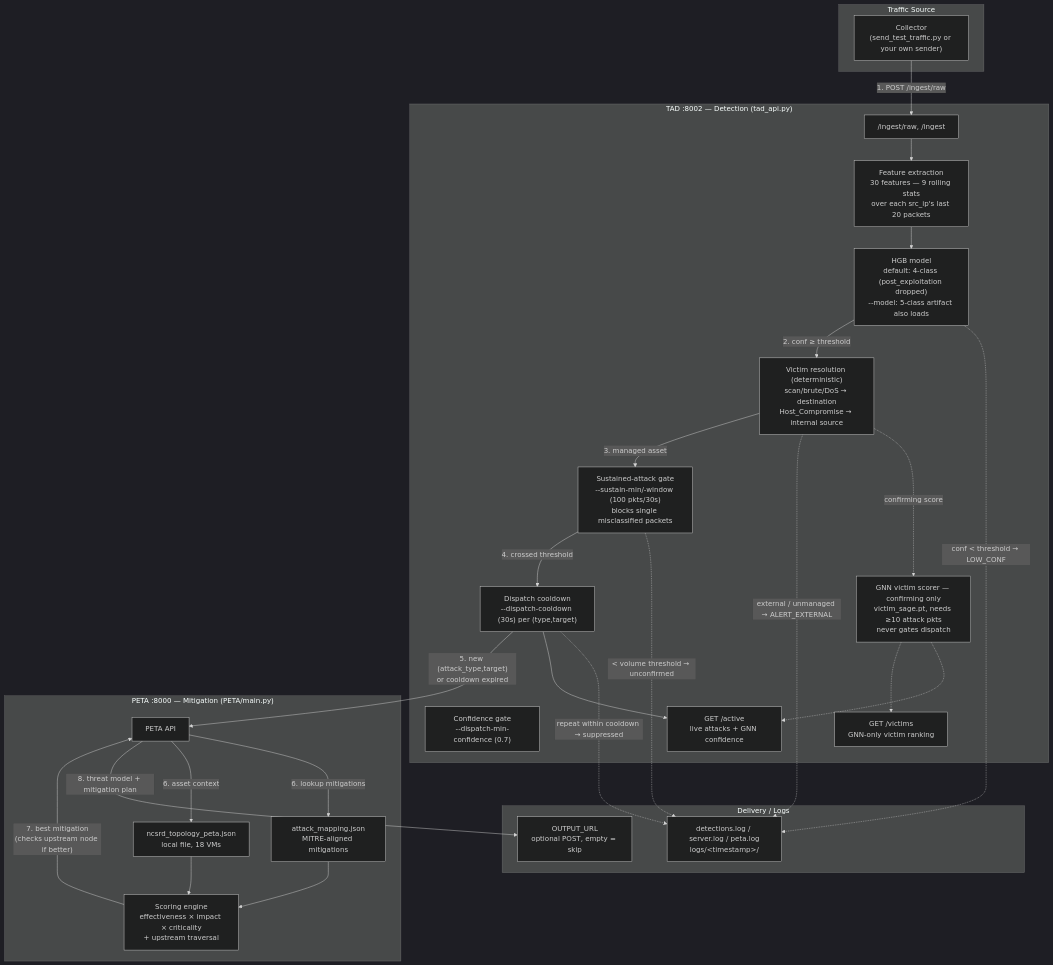
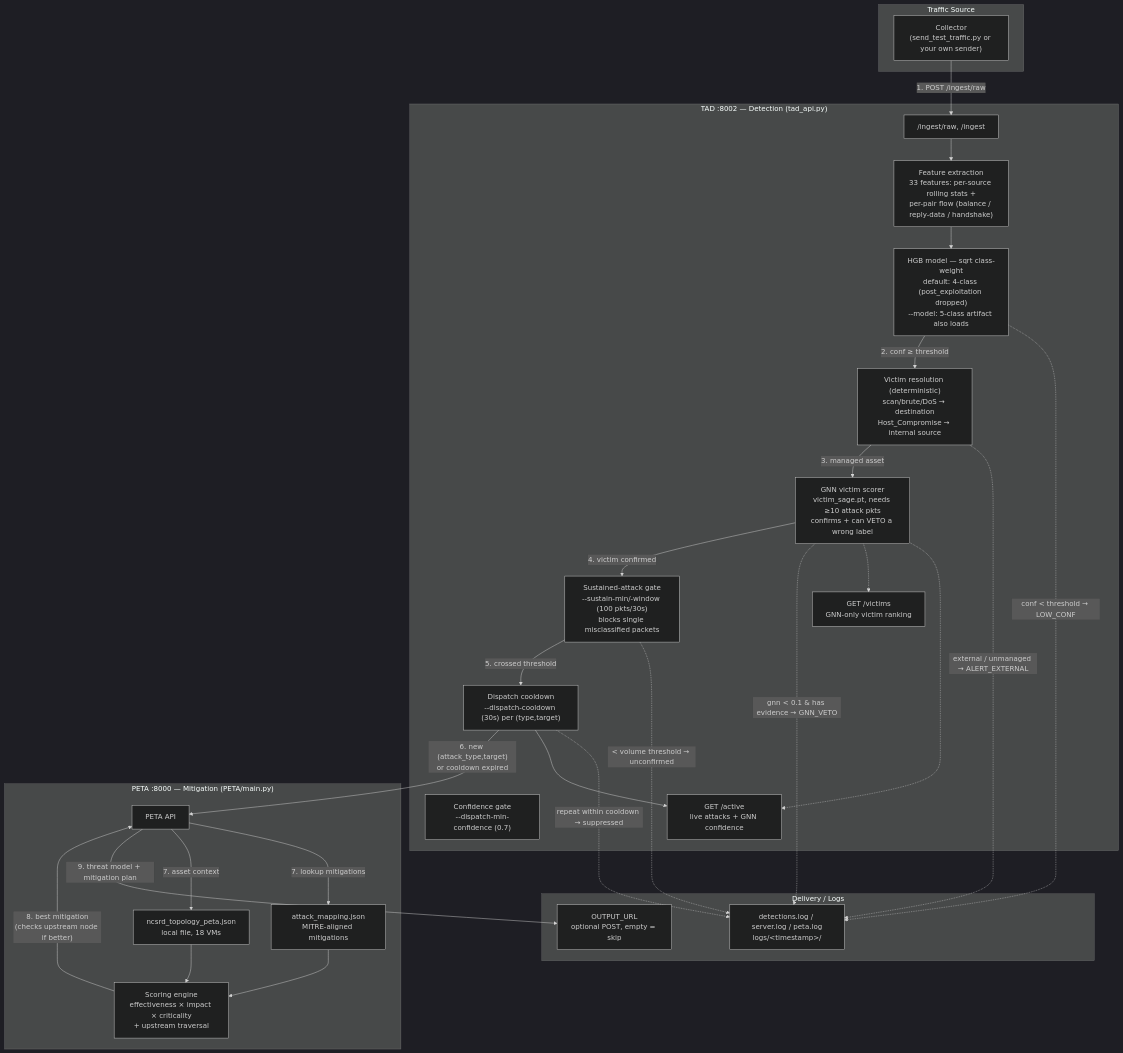
Before and after one commit to COBALT-PROJECT/TAD-PETA: the diagram in README.md, drawn with Mermaid (dark theme). The commit also changed other lines of this file, not shown here.

Commit message:
docs: architecture reflects GNN veto + 33-feature (per-pair flow) model

````diff
--- a/README.md
+++ b/README.md
@@ -18,51 +18,52 @@
 ```mermaid
 graph TD
     subgraph Traffic_Source ["Traffic Source"]
         COL["Collector\n(send_test_traffic.py or your own sender)"]
     end
 
     subgraph TAD_Cluster ["TAD :8002 — Detection (tad_api.py)"]
         ING["/ingest/raw, /ingest"]
-        FEAT["Feature extraction\n30 features — 9 rolling stats\nover each src_ip's last 20 packets"]
-        MODEL["HGB model\ndefault: 4-class (post_exploitation dropped)\n--model: 5-class artifact also loads"]
+        FEAT["Feature extraction\n33 features: per-source rolling stats +\nper-pair flow (balance / reply-data / handshake)"]
+        MODEL["HGB model — sqrt class-weight\ndefault: 4-class (post_exploitation dropped)\n--model: 5-class artifact also loads"]
         GATE["Confidence gate\n--dispatch-min-confidence (0.7)"]
         VICTIM["Victim resolution (deterministic)\nscan/brute/DoS → destination\nHost_Compromise → internal source"]
-        GNN["GNN victim scorer — confirming only\nvictim_sage.pt, needs ≥10 attack pkts\nnever gates dispatch"]
+        GNN["GNN victim scorer\nvictim_sage.pt, needs ≥10 attack pkts\nconfirms + can VETO a wrong label"]
         SUSTAIN["Sustained-attack gate\n--sustain-min/-window (100 pkts/30s)\nblocks single misclassified packets"]
         DEDUP["Dispatch cooldown\n--dispatch-cooldown (30s) per (type,target)"]
         ACTIVE["GET /active\nlive attacks + GNN confidence"]
         VICTIMS["GET /victims\nGNN-only victim ranking"]
     end
 
     subgraph PETA_Cluster ["PETA :8000 — Mitigation (PETA/main.py)"]
         API["PETA API"]
         SCORE["Scoring engine\neffectiveness × impact × criticality\n+ upstream traversal"]
         MAP["attack_mapping.json\nMITRE-aligned mitigations"]
         TOPO["ncsrd_topology_peta.json\nlocal file, 18 VMs"]
     end
 
     subgraph Delivery ["Delivery / Logs"]
         OUT["OUTPUT_URL\noptional POST, empty = skip"]
         LOGS["detections.log / server.log / peta.log\nlogs/&lt;timestamp&gt;/"]
     end
 
     COL -->|"1. POST /ingest/raw"| ING --> FEAT --> MODEL
     MODEL -.->|"conf < threshold → LOW_CONF"| LOGS
     MODEL -->|"2. conf ≥ threshold"| VICTIM
-    VICTIM -.->|"confirming score"| GNN
+    VICTIM -.->|"external / unmanaged → ALERT_EXTERNAL"| LOGS
+    VICTIM -->|"3. managed asset"| GNN
     GNN -.-> ACTIVE
     GNN -.-> VICTIMS
-    VICTIM -.->|"external / unmanaged → ALERT_EXTERNAL"| LOGS
-    VICTIM -->|"3. managed asset"| SUSTAIN
+    GNN -.->|"gnn < 0.1 & has evidence → GNN_VETO"| LOGS
+    GNN -->|"4. victim confirmed"| SUSTAIN
     SUSTAIN -.->|"< volume threshold → unconfirmed"| LOGS
-    SUSTAIN -->|"4. crossed threshold"| DEDUP
+    SUSTAIN -->|"5. crossed threshold"| DEDUP
     DEDUP -.->|"repeat within cooldown → suppressed"| LOGS
     DEDUP --> ACTIVE
-    DEDUP -->|"5. new (attack_type,target)\nor cooldown expired"| API
-    API -->|"6. lookup mitigations"| MAP
-    API -->|"6. asset context"| TOPO
+    DEDUP -->|"6. new (attack_type,target)\nor cooldown expired"| API
+    API -->|"7. lookup mitigations"| MAP
+    API -->|"7. asset context"| TOPO
     MAP --> SCORE
     TOPO --> SCORE
-    SCORE -->|"7. best mitigation\n(checks upstream node if better)"| API
-    API -->|"8. threat model + mitigation plan"| OUT
+    SCORE -->|"8. best mitigation\n(checks upstream node if better)"| API
+    API -->|"9. threat model + mitigation plan"| OUT
 ```
````
